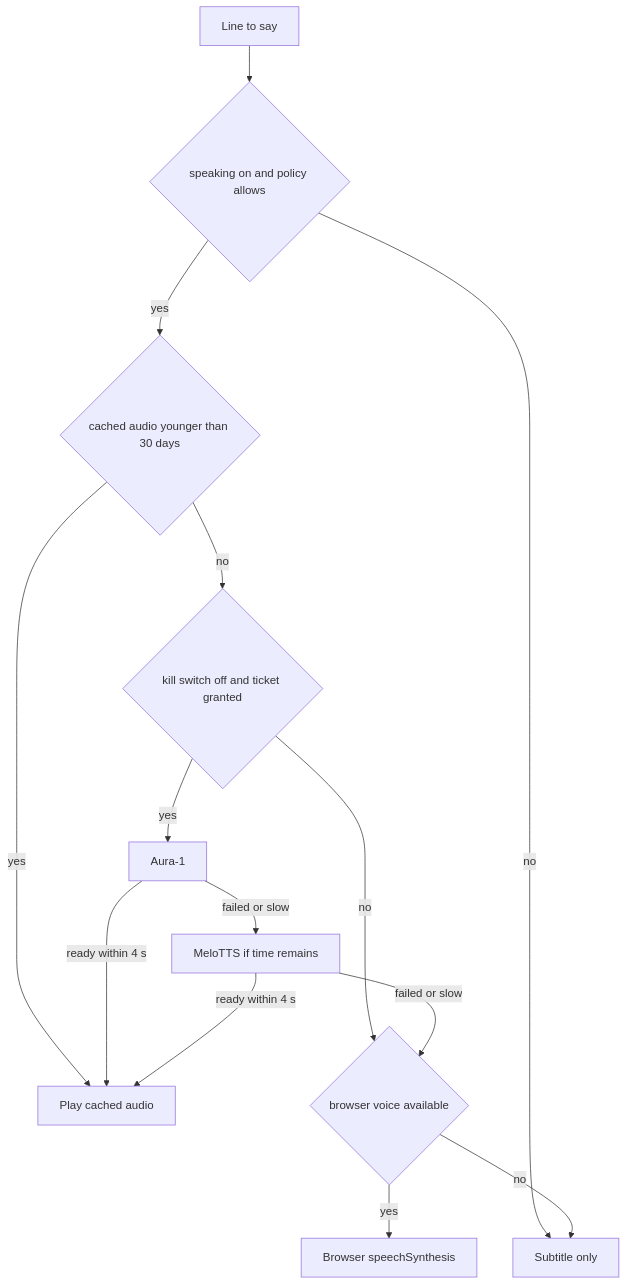
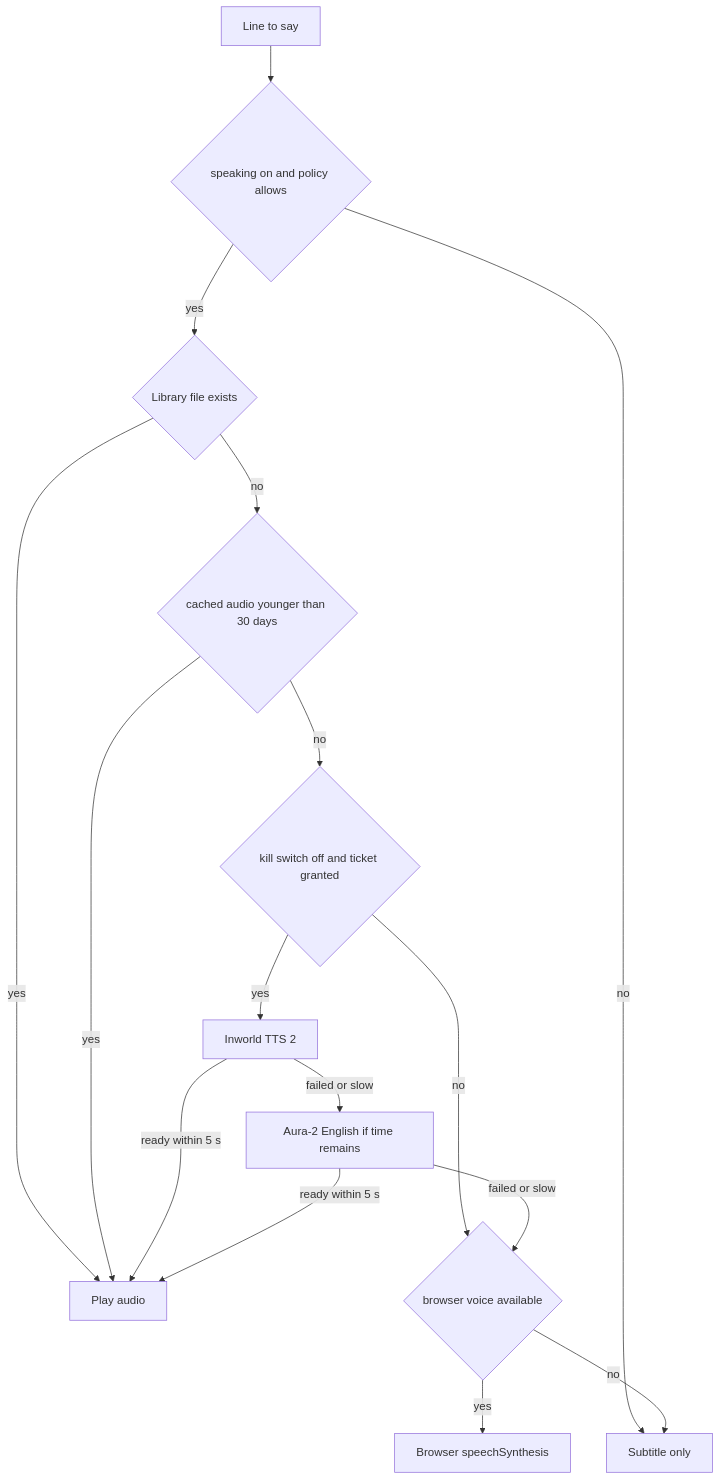
One commit to diydan/hauntology changed the second of 4 diagrams in .kiro/specs/ghost-voice/design.md. Above: the diagram before and after it, drawn with Mermaid. The commit also changed other lines of this file and 18 other files, not shown here.

````diff
--- a/.kiro/specs/ghost-voice/design.md
+++ b/.kiro/specs/ghost-voice/design.md
@@ -51,16 +52,18 @@
 ```mermaid
 flowchart TD
   L[Line to say] --> P{speaking on and policy allows}
   P -- no --> S[Subtitle only]
-  P -- yes --> C{cached audio younger than 30 days}
-  C -- yes --> A[Play cached audio]
+  P -- yes --> K{Library file exists}
+  K -- yes --> A[Play audio]
+  K -- no --> C{cached audio younger than 30 days}
+  C -- yes --> A
   C -- no --> T{kill switch off and ticket granted}
   T -- no --> B
-  T -- yes --> U[Aura-1]
-  U -- ready within 4 s --> A
-  U -- failed or slow --> M[MeloTTS if time remains]
-  M -- ready within 4 s --> A
+  T -- yes --> U[Inworld TTS 2]
+  U -- ready within 5 s --> A
+  U -- failed or slow --> M[Aura-2 English if time remains]
+  M -- ready within 5 s --> A
   M -- failed or slow --> B{browser voice available}
   B -- yes --> W[Browser speechSynthesis]
   B -- no --> S
 ```
````
